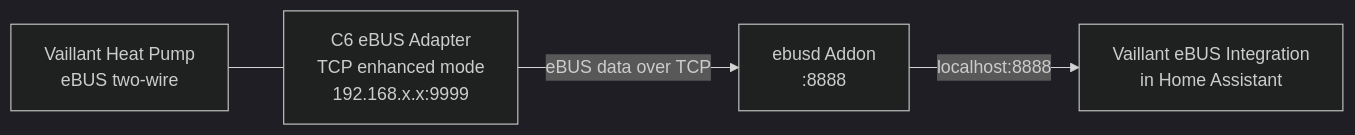
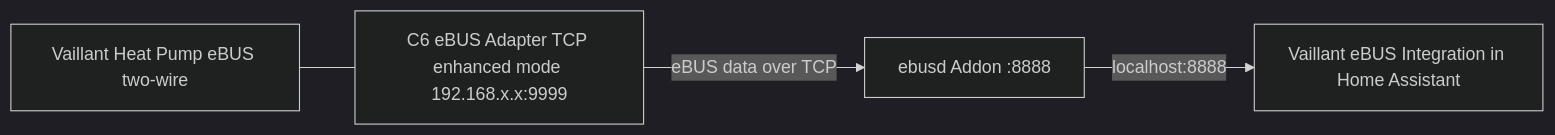
Before and after one commit to MarkBovee/vaillant-ebus: the first of 2 diagrams in README.md, drawn with Mermaid (dark theme). The commit also changed other lines of this file and 1 other file, not shown here.

First line of the commit message:
docs: fix Mermaid diagrams + ci: fix import ordering (#46)

````diff
--- a/README.md
+++ b/README.md
@@ -17,11 +17,11 @@
 ```mermaid
-flowchart LR
-    HP[Vaillant Heat Pump<br/>eBUS two-wire]
-    C6[C6 eBUS Adapter<br/>TCP enhanced mode<br/>192.168.x.x:9999]
-    E[ebusd Addon<br/>:8888]
-    I[Vaillant eBUS Integration<br/>in Home Assistant]
+graph LR
+    HP[Vaillant Heat Pump eBUS two-wire]
+    C6[C6 eBUS Adapter TCP enhanced mode 192.168.x.x:9999]
+    E[ebusd Addon :8888]
+    I[Vaillant eBUS Integration in Home Assistant]
 
     HP --- C6
     C6 -- eBUS data over TCP --> E
     E -- localhost:8888 --> I
 ```
````
